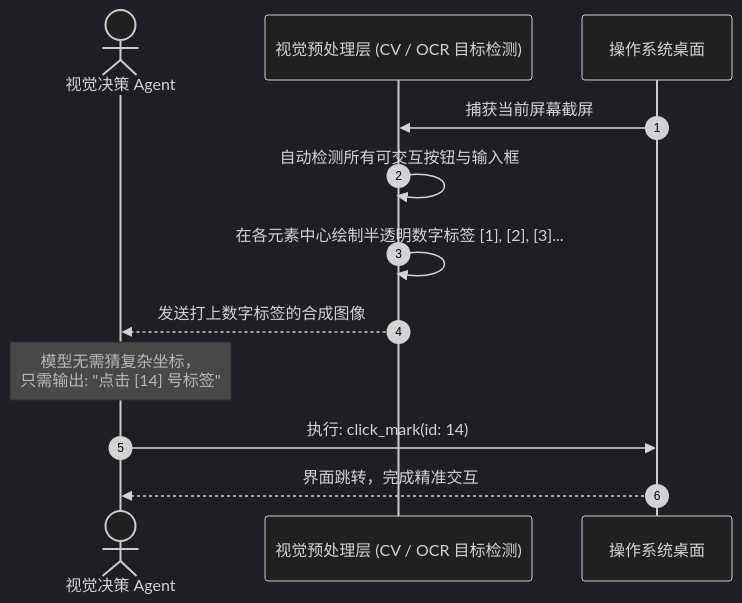
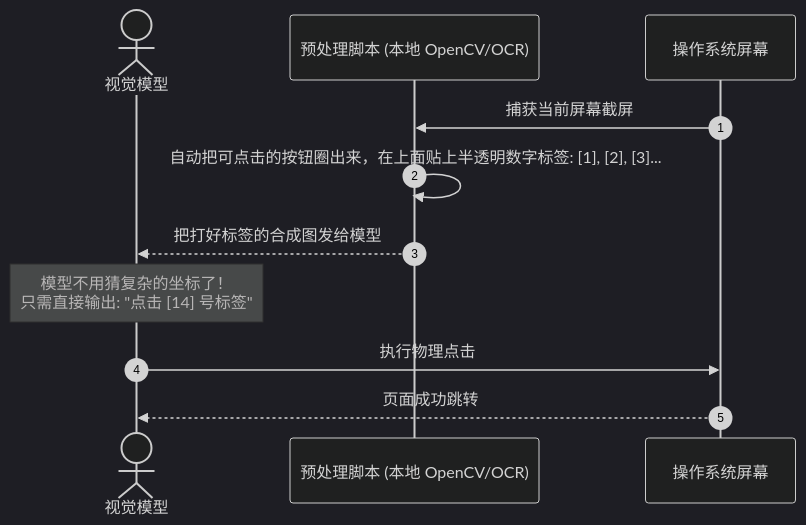
Before and after one commit to ljh12138164/ai-agent-study: the second of 3 diagrams in app/ch06-interaction/01-gui-agent-and-computer-use/page.mdx, drawn with Mermaid (dark theme). The commit also changed other lines of this file and 43 other files, not shown here.

````diff
--- a/app/ch06-interaction/01-gui-agent-and-computer-use/page.mdx
+++ b/app/ch06-interaction/01-gui-agent-and-computer-use/page.mdx
@@ -66,17 +44,16 @@
 ```mermaid
 sequenceDiagram
     autonumber
-    actor Agent as 视觉决策 Agent
-    participant VisionHook as 视觉预处理层 (CV / OCR 目标检测)
-    participant UI as 操作系统桌面
+    actor Agent as 视觉模型
+    participant Hook as 预处理脚本 (本地 OpenCV/OCR)
+    participant OS as 操作系统屏幕
 
-    UI->>VisionHook: 捕获当前屏幕截屏
-    VisionHook->>VisionHook: 自动检测所有可交互按钮与输入框
-    VisionHook->>VisionHook: 在各元素中心绘制半透明数字标签 [1], [2], [3]...
-    VisionHook-->>Agent: 发送打上数字标签的合成图像
+    OS->>Hook: 捕获当前屏幕截屏
+    Hook->>Hook: 自动把可点击的按钮圈出来，在上面贴上半透明数字标签: [1], [2], [3]...
+    Hook-->>Agent: 把打好标签的合成图发给模型
     
-    Note over Agent: 模型无需猜复杂坐标，<br/>只需输出: "点击 [14] 号标签"
+    Note over Agent: 模型不用猜复杂的坐标了！<br/>只需直接输出: "点击 [14] 号标签"
     
-    Agent->>UI: 执行: click_mark(id: 14)
-    UI-->>Agent: 界面跳转，完成精准交互
+    Agent->>OS: 执行物理点击
+    OS-->>Agent: 页面成功跳转
 ```
````
